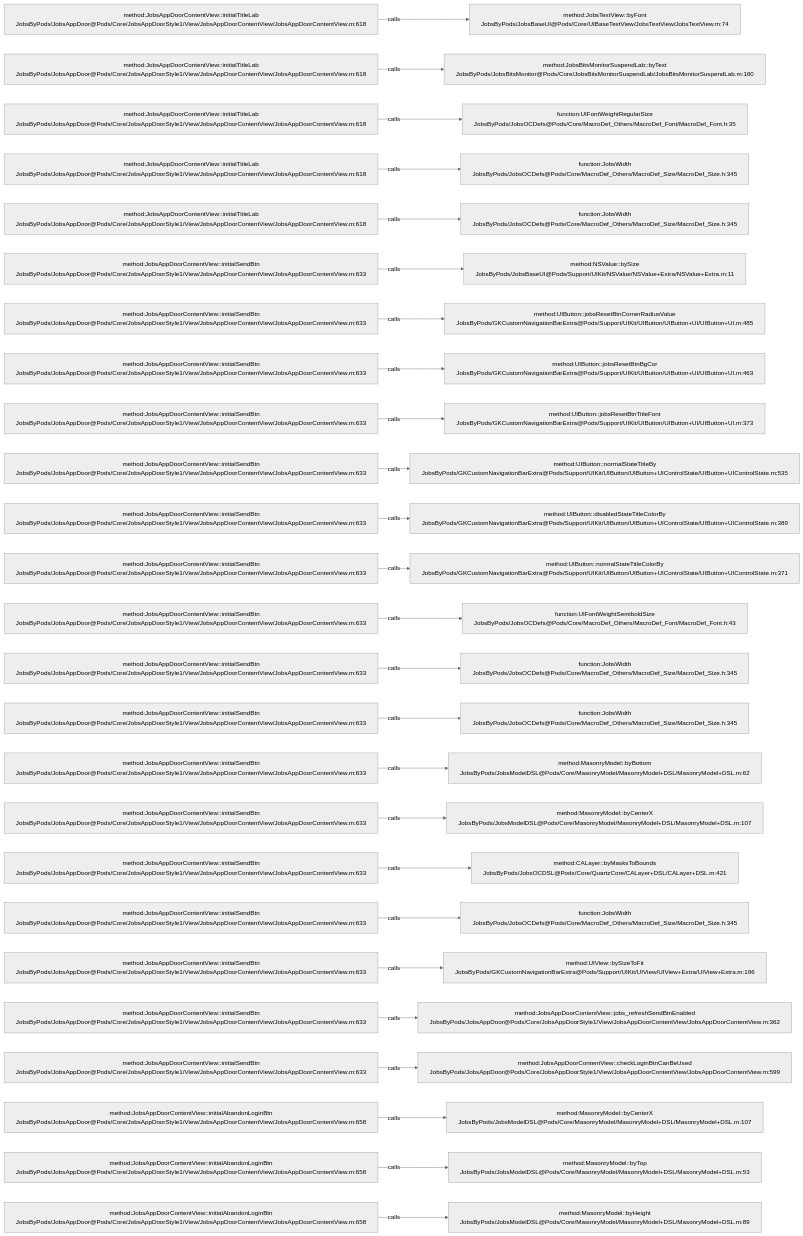
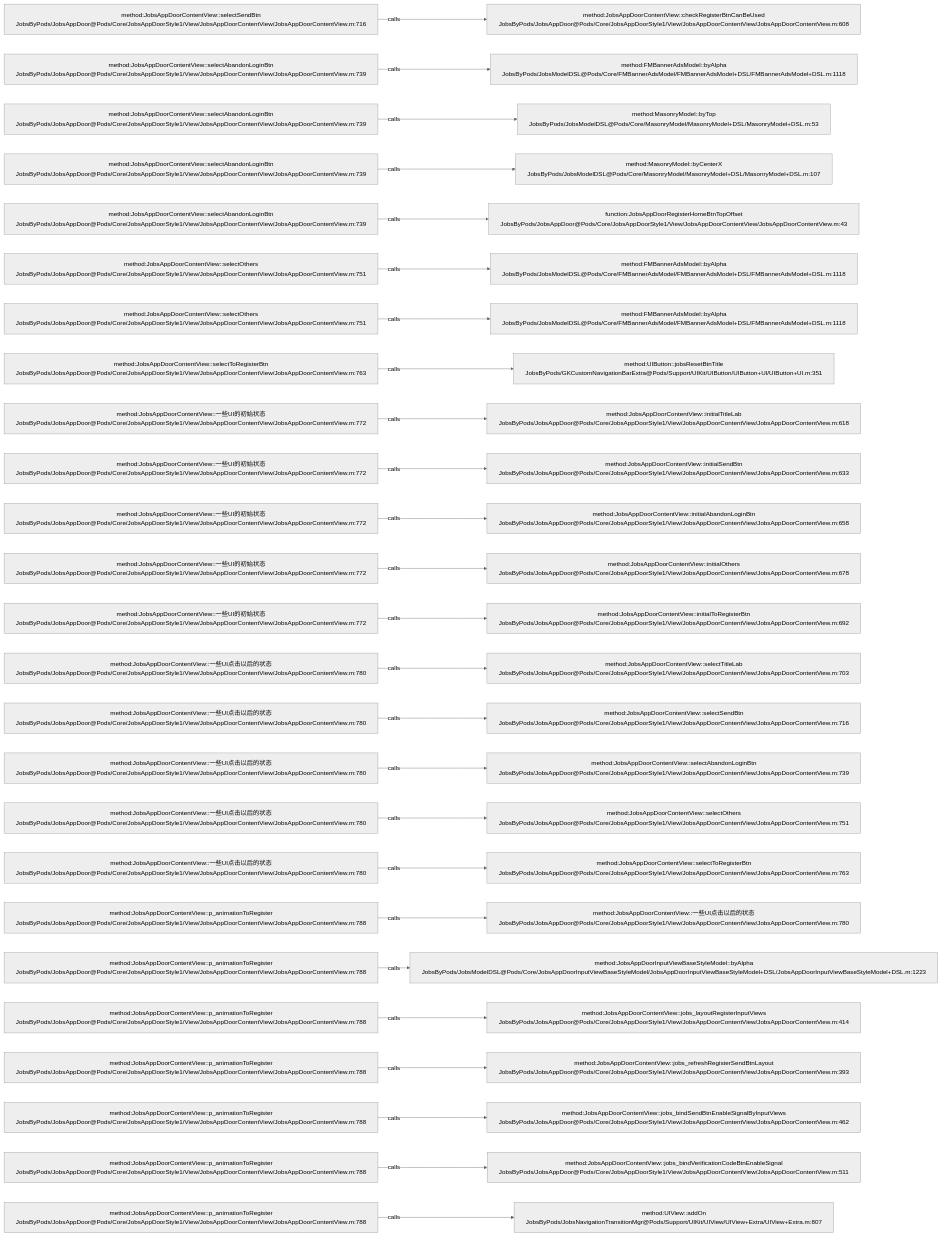
The diagram in .codegraph/codegraph.md/graphs/calls-095.md (JobsKits/JobsOCBaseConfigDemo), drawn with Mermaid (neutral theme) before and after one commit. The commit also changed 223 other files, not shown here.

````diff
--- a/.codegraph/codegraph.md/graphs/calls-095.md
+++ b/.codegraph/codegraph.md/graphs/calls-095.md
@@ -13,78 +13,78 @@
 ```mermaid
 flowchart LR
-  S1["method:JobsAppDoorContentView::initialTitleLab<br/>JobsByPods/JobsAppDoor@Pods/Core/JobsAppDoorStyle1/View/JobsAppDoorContentView/JobsAppDoorContentView.m:618"]
-  T1["method:JobsTextView::byFont<br/>JobsByPods/JobsBaseUI@Pods/Core/UIBaseTextView/JobsTextView/JobsTextView.m:74"]
+  S1["method:JobsAppDoorContentView::selectSendBtn<br/>JobsByPods/JobsAppDoor@Pods/Core/JobsAppDoorStyle1/View/JobsAppDoorContentView/JobsAppDoorContentView.m:716"]
+  T1["method:JobsAppDoorContentView::checkRegisterBtnCanBeUsed<br/>JobsByPods/JobsAppDoor@Pods/Core/JobsAppDoorStyle1/View/JobsAppDoorContentView/JobsAppDoorContentView.m:608"]
   S1 -->|calls| T1
-  S2["method:JobsAppDoorContentView::initialTitleLab<br/>JobsByPods/JobsAppDoor@Pods/Core/JobsAppDoorStyle1/View/JobsAppDoorContentView/JobsAppDoorContentView.m:618"]
-  T2["method:JobsBitsMonitorSuspendLab::byText<br/>JobsByPods/JobsBitsMonitor@Pods/Core/JobsBitsMonitorSuspendLab/JobsBitsMonitorSuspendLab.m:160"]
+  S2["method:JobsAppDoorContentView::selectAbandonLoginBtn<br/>JobsByPods/JobsAppDoor@Pods/Core/JobsAppDoorStyle1/View/JobsAppDoorContentView/JobsAppDoorContentView.m:739"]
+  T2["method:FMBannerAdsModel::byAlpha<br/>JobsByPods/JobsModelDSL@Pods/Core/FMBannerAdsModel/FMBannerAdsModel+DSL/FMBannerAdsModel+DSL.m:1118"]
   S2 -->|calls| T2
-  S3["method:JobsAppDoorContentView::initialTitleLab<br/>JobsByPods/JobsAppDoor@Pods/Core/JobsAppDoorStyle1/View/JobsAppDoorContentView/JobsAppDoorContentView.m:618"]
-  T3["function:UIFontWeightRegularSize<br/>JobsByPods/JobsOCDefs@Pods/Core/MacroDef_Others/MacroDef_Font/MacroDef_Font.h:35"]
+  S3["method:JobsAppDoorContentView::selectAbandonLoginBtn<br/>JobsByPods/JobsAppDoor@Pods/Core/JobsAppDoorStyle1/View/JobsAppDoorContentView/JobsAppDoorContentView.m:739"]
+  T3["method:MasonryModel::byTop<br/>JobsByPods/JobsModelDSL@Pods/Core/MasonryModel/MasonryModel+DSL/MasonryModel+DSL.m:53"]
   S3 -->|calls| T3
-  S4["method:JobsAppDoorContentView::initialTitleLab<br/>JobsByPods/JobsAppDoor@Pods/Core/JobsAppDoorStyle1/View/JobsAppDoorContentView/JobsAppDoorContentView.m:618"]
-  T4["function:JobsWidth<br/>JobsByPods/JobsOCDefs@Pods/Core/MacroDef_Others/MacroDef_Size/MacroDef_Size.h:345"]
+  S4["method:JobsAppDoorContentView::selectAbandonLoginBtn<br/>JobsByPods/JobsAppDoor@Pods/Core/JobsAppDoorStyle1/View/JobsAppDoorContentView/JobsAppDoorContentView.m:739"]
+  T4["method:MasonryModel::byCenterX<br/>JobsByPods/JobsModelDSL@Pods/Core/MasonryModel/MasonryModel+DSL/MasonryModel+DSL.m:107"]
   S4 -->|calls| T4
-  S5["method:JobsAppDoorContentView::initialTitleLab<br/>JobsByPods/JobsAppDoor@Pods/Core/JobsAppDoorStyle1/View/JobsAppDoorContentView/JobsAppDoorContentView.m:618"]
-  T5["function:JobsWidth<br/>JobsByPods/JobsOCDefs@Pods/Core/MacroDef_Others/MacroDef_Size/MacroDef_Size.h:345"]
+  S5["method:JobsAppDoorContentView::selectAbandonLoginBtn<br/>JobsByPods/JobsAppDoor@Pods/Core/JobsAppDoorStyle1/View/JobsAppDoorContentView/JobsAppDoorContentView.m:739"]
+  T5["function:JobsAppDoorRegisterHomeBtnTopOffset<br/>JobsByPods/JobsAppDoor@Pods/Core/JobsAppDoorStyle1/View/JobsAppDoorContentView/JobsAppDoorContentView.m:43"]
   S5 -->|calls| T5
-  S6["method:JobsAppDoorContentView::initialSendBtn<br/>JobsByPods/JobsAppDoor@Pods/Core/JobsAppDoorStyle1/View/JobsAppDoorContentView/JobsAppDoorContentView.m:633"]
-  T6["method:NSValue::bySize<br/>JobsByPods/JobsBaseUI@Pods/Support/UIKit/NSValue/NSValue+Extra/NSValue+Extra.m:11"]
+  S6["method:JobsAppDoorContentView::selectOthers<br/>JobsByPods/JobsAppDoor@Pods/Core/JobsAppDoorStyle1/View/JobsAppDoorContentView/JobsAppDoorContentView.m:751"]
+  T6["method:FMBannerAdsModel::byAlpha<br/>JobsByPods/JobsModelDSL@Pods/Core/FMBannerAdsModel/FMBannerAdsModel+DSL/FMBannerAdsModel+DSL.m:1118"]
   S6 -->|calls| T6
-  S7["method:JobsAppDoorContentView::initialSendBtn<br/>JobsByPods/JobsAppDoor@Pods/Core/JobsAppDoorStyle1/View/JobsAppDoorContentView/JobsAppDoorContentView.m:633"]
-  T7["method:UIButton::jobsResetBtnCornerRadiusValue<br/>JobsByPods/GKCustomNavigationBarExtra@Pods/Support/UIKit/UIButton/UIButton+UI/UIButton+UI.m:485"]
+  S7["method:JobsAppDoorContentView::selectOthers<br/>JobsByPods/JobsAppDoor@Pods/Core/JobsAppDoorStyle1/View/JobsAppDoorContentView/JobsAppDoorContentView.m:751"]
+  T7["method:FMBannerAdsModel::byAlpha<br/>JobsByPods/JobsModelDSL@Pods/Core/FMBannerAdsModel/FMBannerAdsModel+DSL/FMBannerAdsModel+DSL.m:1118"]
   S7 -->|calls| T7
-  S8["method:JobsAppDoorContentView::initialSendBtn<br/>JobsByPods/JobsAppDoor@Pods/Core/JobsAppDoorStyle1/View/JobsAppDoorContentView/JobsAppDoorContentView.m:633"]
-  T8["method:UIButton::jobsResetBtnBgCor<br/>JobsByPods/GKCustomNavigationBarExtra@Pods/Support/UIKit/UIButton/UIButton+UI/UIButton+UI.m:463"]
+  S8["method:JobsAppDoorContentView::selectToRegisterBtn<br/>JobsByPods/JobsAppDoor@Pods/Core/JobsAppDoorStyle1/View/JobsAppDoorContentView/JobsAppDoorContentView.m:763"]
+  T8["method:UIButton::jobsResetBtnTitle<br/>JobsByPods/GKCustomNavigationBarExtra@Pods/Support/UIKit/UIButton/UIButton+UI/UIButton+UI.m:351"]
   S8 -->|calls| T8
-  S9["method:JobsAppDoorContentView::initialSendBtn<br/>JobsByPods/JobsAppDoor@Pods/Core/JobsAppDoorStyle1/View/JobsAppDoorContentView/JobsAppDoorContentView.m:633"]
-  T9["method:UIButton::jobsResetBtnTitleFont<br/>JobsByPods/GKCustomNavigationBarExtra@Pods/Support/UIKit/UIButton/UIButton+UI/UIButton+UI.m:373"]
+  S9["method:JobsAppDoorContentView::一些UI的初始状态<br/>JobsByPods/JobsAppDoor@Pods/Core/JobsAppDoorStyle1/View/JobsAppDoorContentView/JobsAppDoorContentView.m:772"]
+  T9["method:JobsAppDoorContentView::initialTitleLab<br/>JobsByPods/JobsAppDoor@Pods/Core/JobsAppDoorStyle1/View/JobsAppDoorContentView/JobsAppDoorContentView.m:618"]
   S9 -->|calls| T9
-  S10["method:JobsAppDoorContentView::initialSendBtn<br/>JobsByPods/JobsAppDoor@Pods/Core/JobsAppDoorStyle1/View/JobsAppDoorContentView/JobsAppDoorContentView.m:633"]
-  T10["method:UIButton::normalStateTitleBy<br/>JobsByPods/GKCustomNavigationBarExtra@Pods/Support/UIKit/UIButton/UIButton+UIControlState/UIButton+UIControlState.m:535"]
+  S10["method:JobsAppDoorContentView::一些UI的初始状态<br/>JobsByPods/JobsAppDoor@Pods/Core/JobsAppDoorStyle1/View/JobsAppDoorContentView/JobsAppDoorContentView.m:772"]
+  T10["method:JobsAppDoorContentView::initialSendBtn<br/>JobsByPods/JobsAppDoor@Pods/Core/JobsAppDoorStyle1/View/JobsAppDoorContentView/JobsAppDoorContentView.m:633"]
   S10 -->|calls| T10
-  S11["method:JobsAppDoorContentView::initialSendBtn<br/>JobsByPods/JobsAppDoor@Pods/Core/JobsAppDoorStyle1/View/JobsAppDoorContentView/JobsAppDoorContentView.m:633"]
-  T11["method:UIButton::disabledStateTitleColorBy<br/>JobsByPods/GKCustomNavigationBarExtra@Pods/Support/UIKit/UIButton/UIButton+UIControlState/UIButton+UIControlState.m:389"]
+  S11["method:JobsAppDoorContentView::一些UI的初始状态<br/>JobsByPods/JobsAppDoor@Pods/Core/JobsAppDoorStyle1/View/JobsAppDoorContentView/JobsAppDoorContentView.m:772"]
+  T11["method:JobsAppDoorContentView::initialAbandonLoginBtn<br/>JobsByPods/JobsAppDoor@Pods/Core/JobsAppDoorStyle1/View/JobsAppDoorContentView/JobsAppDoorContentView.m:658"]
   S11 -->|calls| T11
-  S12["method:JobsAppDoorContentView::initialSendBtn<br/>JobsByPods/JobsAppDoor@Pods/Core/JobsAppDoorStyle1/View/JobsAppDoorContentView/JobsAppDoorContentView.m:633"]
-  T12["method:UIButton::normalStateTitleColorBy<br/>JobsByPods/GKCustomNavigationBarExtra@Pods/Support/UIKit/UIButton/UIButton+UIControlState/UIButton+UIControlState.m:371"]
+  S12["method:JobsAppDoorContentView::一些UI的初始状态<br/>JobsByPods/JobsAppDoor@Pods/Core/JobsAppDoorStyle1/View/JobsAppDoorContentView/JobsAppDoorContentView.m:772"]
+  T12["method:JobsAppDoorContentView::initialOthers<br/>JobsByPods/JobsAppDoor@Pods/Core/JobsAppDoorStyle1/View/JobsAppDoorContentView/JobsAppDoorContentView.m:678"]
   S12 -->|calls| T12
-  S13["method:JobsAppDoorContentView::initialSendBtn<br/>JobsByPods/JobsAppDoor@Pods/Core/JobsAppDoorStyle1/View/JobsAppDoorContentView/JobsAppDoorContentView.m:633"]
-  T13["function:UIFontWeightSemiboldSize<br/>JobsByPods/JobsOCDefs@Pods/Core/MacroDef_Others/MacroDef_Font/MacroDef_Font.h:43"]
+  S13["method:JobsAppDoorContentView::一些UI的初始状态<br/>JobsByPods/JobsAppDoor@Pods/Core/JobsAppDoorStyle1/View/JobsAppDoorContentView/JobsAppDoorContentView.m:772"]
+  T13["method:JobsAppDoorContentView::initialToRegisterBtn<br/>JobsByPods/JobsAppDoor@Pods/Core/JobsAppDoorStyle1/View/JobsAppDoorContentView/JobsAppDoorContentView.m:692"]
   S13 -->|calls| T13
-  S14["method:JobsAppDoorContentView::initialSendBtn<br/>JobsByPods/JobsAppDoor@Pods/Core/JobsAppDoorStyle1/View/JobsAppDoorContentView/JobsAppDoorContentView.m:633"]
-  T14["function:JobsWidth<br/>JobsByPods/JobsOCDefs@Pods/Core/MacroDef_Others/MacroDef_Size/MacroDef_Size.h:345"]
+  S14["method:JobsAppDoorContentView::一些UI点击以后的状态<br/>JobsByPods/JobsAppDoor@Pods/Core/JobsAppDoorStyle1/View/JobsAppDoorContentView/JobsAppDoorContentView.m:780"]
+  T14["method:JobsAppDoorContentView::selectTitleLab<br/>JobsByPods/JobsAppDoor@Pods/Core/JobsAppDoorStyle1/View/JobsAppDoorContentView/JobsAppDoorContentView.m:703"]
   S14 -->|calls| T14
-  S15["method:JobsAppDoorContentView::initialSendBtn<br/>JobsByPods/JobsAppDoor@Pods/Core/JobsAppDoorStyle1/View/JobsAppDoorContentView/JobsAppDoorContentView.m:633"]
-  T15["function:JobsWidth<br/>JobsByPods/JobsOCDefs@Pods/Core/MacroDef_Others/MacroDef_Size/MacroDef_Size.h:345"]
+  S15["method:JobsAppDoorContentView::一些UI点击以后的状态<br/>JobsByPods/JobsAppDoor@Pods/Core/JobsAppDoorStyle1/View/JobsAppDoorContentView/JobsAppDoorContentView.m:780"]
+  T15["method:JobsAppDoorContentView::selectSendBtn<br/>JobsByPods/JobsAppDoor@Pods/Core/JobsAppDoorStyle1/View/JobsAppDoorContentView/JobsAppDoorContentView.m:716"]
   S15 -->|calls| T15
-  S16["method:JobsAppDoorContentView::initialSendBtn<br/>JobsByPods/JobsAppDoor@Pods/Core/JobsAppDoorStyle1/View/JobsAppDoorContentView/JobsAppDoorContentView.m:633"]
-  T16["method:MasonryModel::byBottom<br/>JobsByPods/JobsModelDSL@Pods/Core/MasonryModel/MasonryModel+DSL/MasonryModel+DSL.m:62"]
+  S16["method:JobsAppDoorContentView::一些UI点击以后的状态<br/>JobsByPods/JobsAppDoor@Pods/Core/JobsAppDoorStyle1/View/JobsAppDoorContentView/JobsAppDoorContentView.m:780"]
+  T16["method:JobsAppDoorContentView::selectAbandonLoginBtn<br/>JobsByPods/JobsAppDoor@Pods/Core/JobsAppDoorStyle1/View/JobsAppDoorContentView/JobsAppDoorContentView.m:739"]
   S16 -->|calls| T16
-  S17["method:JobsAppDoorContentView::initialSendBtn<br/>JobsByPods/JobsAppDoor@Pods/Core/JobsAppDoorStyle1/View/JobsAppDoorContentView/JobsAppDoorContentView.m:633"]
-  T17["method:MasonryModel::byCenterX<br/>JobsByPods/JobsModelDSL@Pods/Core/MasonryModel/MasonryModel+DSL/MasonryModel+DSL.m:107"]
+  S17["method:JobsAppDoorContentView::一些UI点击以后的状态<br/>JobsByPods/JobsAppDoor@Pods/Core/JobsAppDoorStyle1/View/JobsAppDoorContentView/JobsAppDoorContentView.m:780"]
+  T17["method:JobsAppDoorContentView::selectOthers<br/>JobsByPods/JobsAppDoor@Pods/Core/JobsAppDoorStyle1/View/JobsAppDoorContentView/JobsAppDoorContentView.m:751"]
   S17 -->|calls| T17
-  S18["method:JobsAppDoorContentView::initialSendBtn<br/>JobsByPods/JobsAppDoor@Pods/Core/JobsAppDoorStyle1/View/JobsAppDoorContentView/JobsAppDoorContentView.m:633"]
-  T18["method:CALayer::byMasksToBounds<br/>JobsByPods/JobsOCDSL@Pods/Core/QuartzCore/CALayer+DSL/CALayer+DSL.m:421"]
+  S18["method:JobsAppDoorContentView::一些UI点击以后的状态<br/>JobsByPods/JobsAppDoor@Pods/Core/JobsAppDoorStyle1/View/JobsAppDoorContentView/JobsAppDoorContentView.m:780"]
+  T18["method:JobsAppDoorContentView::selectToRegisterBtn<br/>JobsByPods/JobsAppDoor@Pods/Core/JobsAppDoorStyle1/View/JobsAppDoorContentView/JobsAppDoorContentView.m:763"]
   S18 -->|calls| T18
-  S19["method:JobsAppDoorContentView::initialSendBtn<br/>JobsByPods/JobsAppDoor@Pods/Core/JobsAppDoorStyle1/View/JobsAppDoorContentView/JobsAppDoorContentView.m:633"]
-  T19["function:JobsWidth<br/>JobsByPods/JobsOCDefs@Pods/Core/MacroDef_Others/MacroDef_Size/MacroDef_Size.h:345"]
+  S19["method:JobsAppDoorContentView::p_animationToRegister<br/>JobsByPods/JobsAppDoor@Pods/Core/JobsAppDoorStyle1/View/JobsAppDoorContentView/JobsAppDoorContentView.m:788"]
+  T19["method:JobsAppDoorContentView::一些UI点击以后的状态<br/>JobsByPods/JobsAppDoor@Pods/Core/JobsAppDoorStyle1/View/JobsAppDoorContentView/JobsAppDoorContentView.m:780"]
   S19 -->|calls| T19
-  S20["method:JobsAppDoorContentView::initialSendBtn<br/>JobsByPods/JobsAppDoor@Pods/Core/JobsAppDoorStyle1/View/JobsAppDoorContentView/JobsAppDoorContentView.m:633"]
-  T20["method:UIView::bySizeToFit<br/>JobsByPods/GKCustomNavigationBarExtra@Pods/Support/UIKit/UIView/UIView+Extra/UIView+Extra.m:196"]
+  S20["method:JobsAppDoorContentView::p_animationToRegister<br/>JobsByPods/JobsAppDoor@Pods/Core/JobsAppDoorStyle1/View/JobsAppDoorContentView/JobsAppDoorContentView.m:788"]
+  T20["method:JobsAppDoorInputViewBaseStyleModel::byAlpha<br/>JobsByPods/JobsModelDSL@Pods/Core/JobsAppDoorInputViewBaseStyleModel/JobsAppDoorInputViewBaseStyleModel+DSL/JobsAppDoorInputViewBaseStyleModel+DSL.m:1223"]
   S20 -->|calls| T20
-  S21["method:JobsAppDoorContentView::initialSendBtn<br/>JobsByPods/JobsAppDoor@Pods/Core/JobsAppDoorStyle1/View/JobsAppDoorContentView/JobsAppDoorContentView.m:633"]
-  T21["method:JobsAppDoorContentView::jobs_refreshSendBtnEnabled<br/>JobsByPods/JobsAppDoor@Pods/Core/JobsAppDoorStyle1/View/JobsAppDoorContentView/JobsAppDoorContentView.m:362"]
+  S21["method:JobsAppDoorContentView::p_animationToRegister<br/>JobsByPods/JobsAppDoor@Pods/Core/JobsAppDoorStyle1/View/JobsAppDoorContentView/JobsAppDoorContentView.m:788"]
+  T21["method:JobsAppDoorContentView::jobs_layoutRegisterInputViews<br/>JobsByPods/JobsAppDoor@Pods/Core/JobsAppDoorStyle1/View/JobsAppDoorContentView/JobsAppDoorContentView.m:414"]
   S21 -->|calls| T21
-  S22["method:JobsAppDoorContentView::initialSendBtn<br/>JobsByPods/JobsAppDoor@Pods/Core/JobsAppDoorStyle1/View/JobsAppDoorContentView/JobsAppDoorContentView.m:633"]
-  T22["method:JobsAppDoorContentView::checkLoginBtnCanBeUsed<br/>JobsByPods/JobsAppDoor@Pods/Core/JobsAppDoorStyle1/View/JobsAppDoorContentView/JobsAppDoorContentView.m:599"]
+  S22["method:JobsAppDoorContentView::p_animationToRegister<br/>JobsByPods/JobsAppDoor@Pods/Core/JobsAppDoorStyle1/View/JobsAppDoorContentView/JobsAppDoorContentView.m:788"]
+  T22["method:JobsAppDoorContentView::jobs_refreshRegisterSendBtnLayout<br/>JobsByPods/JobsAppDoor@Pods/Core/JobsAppDoorStyle1/View/JobsAppDoorContentView/JobsAppDoorContentView.m:393"]
   S22 -->|calls| T22
-  S23["method:JobsAppDoorContentView::initialAbandonLoginBtn<br/>JobsByPods/JobsAppDoor@Pods/Core/JobsAppDoorStyle1/View/JobsAppDoorContentView/JobsAppDoorContentView.m:658"]
-  T23["method:MasonryModel::byCenterX<br/>JobsByPods/JobsModelDSL@Pods/Core/MasonryModel/MasonryModel+DSL/MasonryModel+DSL.m:107"]
+  S23["method:JobsAppDoorContentView::p_animationToRegister<br/>JobsByPods/JobsAppDoor@Pods/Core/JobsAppDoorStyle1/View/JobsAppDoorContentView/JobsAppDoorContentView.m:788"]
+  T23["method:JobsAppDoorContentView::jobs_bindSendBtnEnableSignalByInputViews<br/>JobsByPods/JobsAppDoor@Pods/Core/JobsAppDoorStyle1/View/JobsAppDoorContentView/JobsAppDoorContentView.m:462"]
   S23 -->|calls| T23
-  S24["method:JobsAppDoorContentView::initialAbandonLoginBtn<br/>JobsByPods/JobsAppDoor@Pods/Core/JobsAppDoorStyle1/View/JobsAppDoorContentView/JobsAppDoorContentView.m:658"]
-  T24["method:MasonryModel::byTop<br/>JobsByPods/JobsModelDSL@Pods/Core/MasonryModel/MasonryModel+DSL/MasonryModel+DSL.m:53"]
+  S24["method:JobsAppDoorContentView::p_animationToRegister<br/>JobsByPods/JobsAppDoor@Pods/Core/JobsAppDoorStyle1/View/JobsAppDoorContentView/JobsAppDoorContentView.m:788"]
+  T24["method:JobsAppDoorContentView::jobs_bindVerificationCodeBtnEnableSignal<br/>JobsByPods/JobsAppDoor@Pods/Core/JobsAppDoorStyle1/View/JobsAppDoorContentView/JobsAppDoorContentView.m:511"]
   S24 -->|calls| T24
-  S25["method:JobsAppDoorContentView::initialAbandonLoginBtn<br/>JobsByPods/JobsAppDoor@Pods/Core/JobsAppDoorStyle1/View/JobsAppDoorContentView/JobsAppDoorContentView.m:658"]
-  T25["method:MasonryModel::byHeight<br/>JobsByPods/JobsModelDSL@Pods/Core/MasonryModel/MasonryModel+DSL/MasonryModel+DSL.m:89"]
+  S25["method:JobsAppDoorContentView::p_animationToRegister<br/>JobsByPods/JobsAppDoor@Pods/Core/JobsAppDoorStyle1/View/JobsAppDoorContentView/JobsAppDoorContentView.m:788"]
+  T25["method:UIView::addOn<br/>JobsByPods/JobsNavigationTransitionMgr@Pods/Support/UIKit/UIView/UIView+Extra/UIView+Extra.m:807"]
   S25 -->|calls| T25
 ```
````
